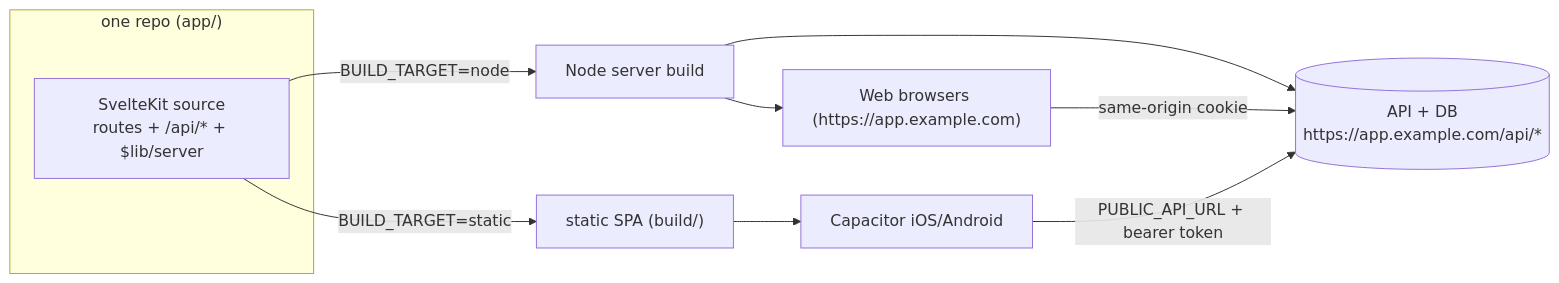
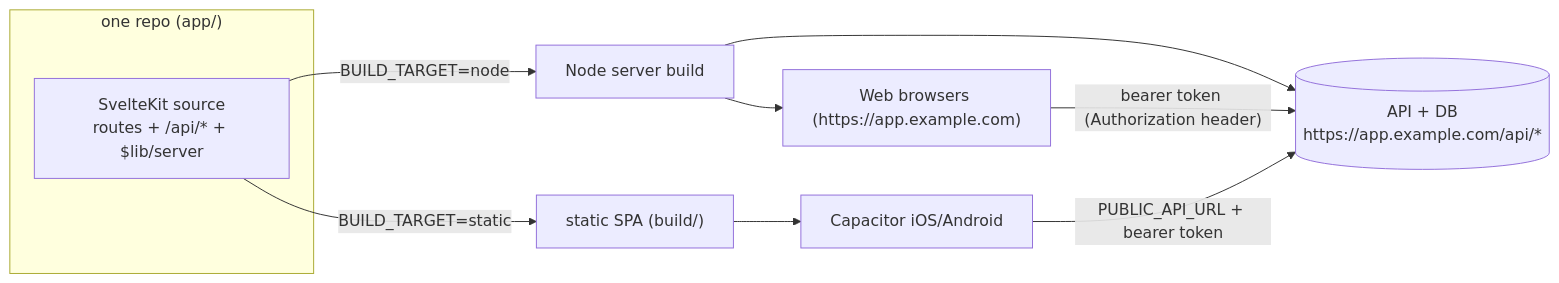
The diagram in docs/hosting-and-deployment.md (calinwolf08/shot-analysis), drawn with Mermaid before and after one commit. The commit also changed other lines of this file and 1 other file, not shown here.

First line of the commit message:
docs: lock in migration decisions — unified bearer auth, live→server analysis

````diff
--- a/docs/hosting-and-deployment.md
+++ b/docs/hosting-and-deployment.md
@@ -16,14 +16,14 @@
 ```mermaid
 flowchart LR
   subgraph Repo["one repo (app/)"]
     src["SvelteKit source<br/>routes + /api/* + $lib/server"]
   end
   src -->|"BUILD_TARGET=node"| node["Node server build"]
   src -->|"BUILD_TARGET=static"| spa["static SPA (build/)"]
 
   node --> web["Web browsers (https://app.example.com)"]
   node --> api[("API + DB<br/>https://app.example.com/api/*")]
   spa --> cap["Capacitor iOS/Android"]
-  web -->|same-origin cookie| api
+  web -->|"bearer token (Authorization header)"| api
   cap -->|"PUBLIC_API_URL + bearer token"| api
 ```
````
